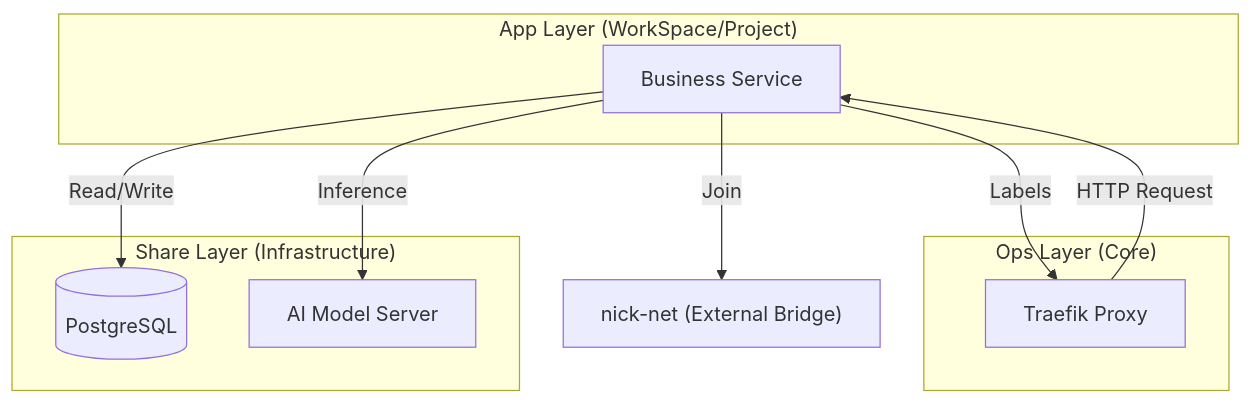
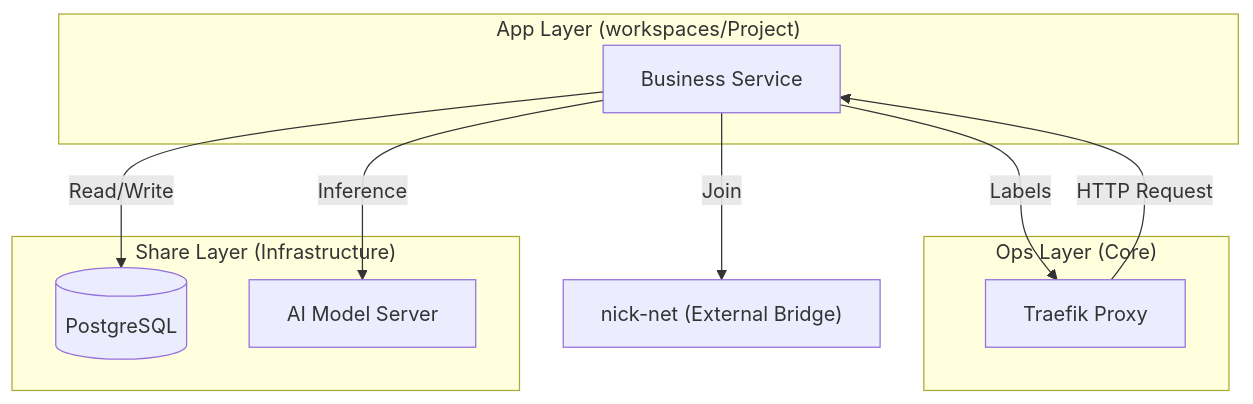
Before and after one commit to QQDDTT/NickManage: the diagram in docs/APP_DESIGN.md, drawn with Mermaid. The commit also changed other lines of this file and 44 other files, not shown here.

````diff
--- a/docs/APP_DESIGN.md
+++ b/docs/APP_DESIGN.md
@@ -36,19 +36,19 @@
 ```mermaid
 graph TD
-    subgraph "App Layer (WorkSpace/Project)"
+    subgraph "App Layer (workspaces/Project)"
         A[Business Service]
     end
     subgraph "Ops Layer (Core)"
         T[Traefik Proxy]
     end
     subgraph "Share Layer (Infrastructure)"
         DB[(PostgreSQL)]
         AI[AI Model Server]
     end
 
     A -- "Labels" --> T
     T -- "HTTP Request" --> A
     A -- "Read/Write" --> DB
     A -- "Inference" --> AI
     A -- "Join" --> nick-net["nick-net (External Bridge)"]
 ```
````
